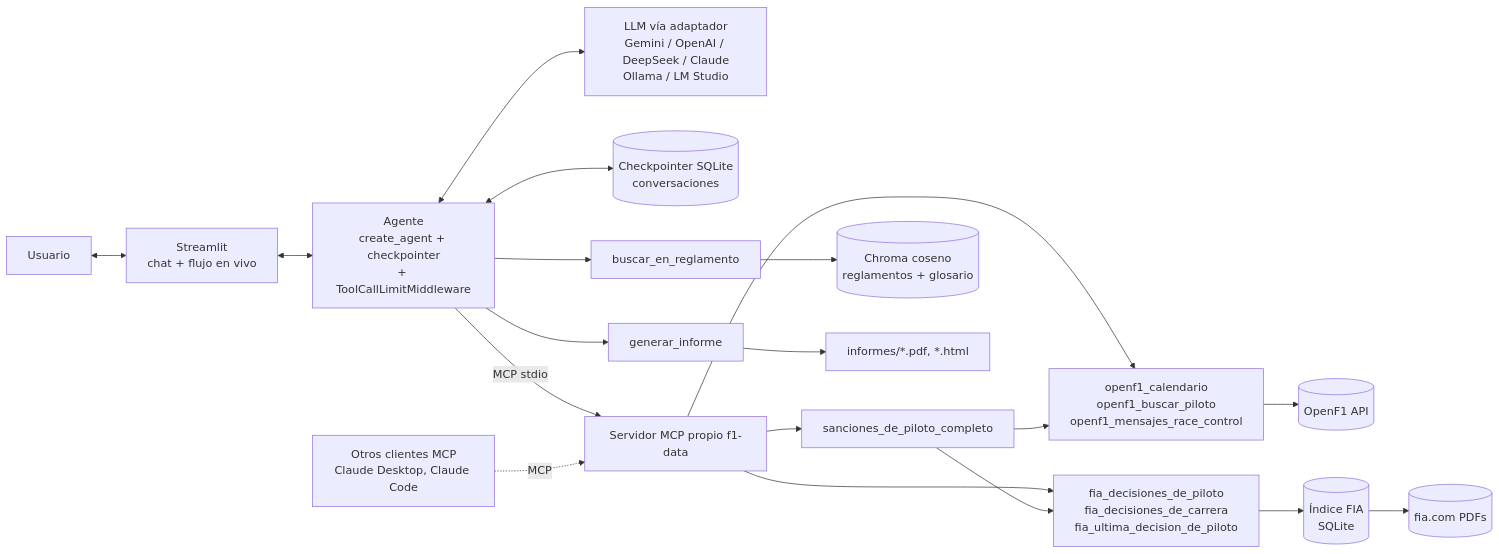
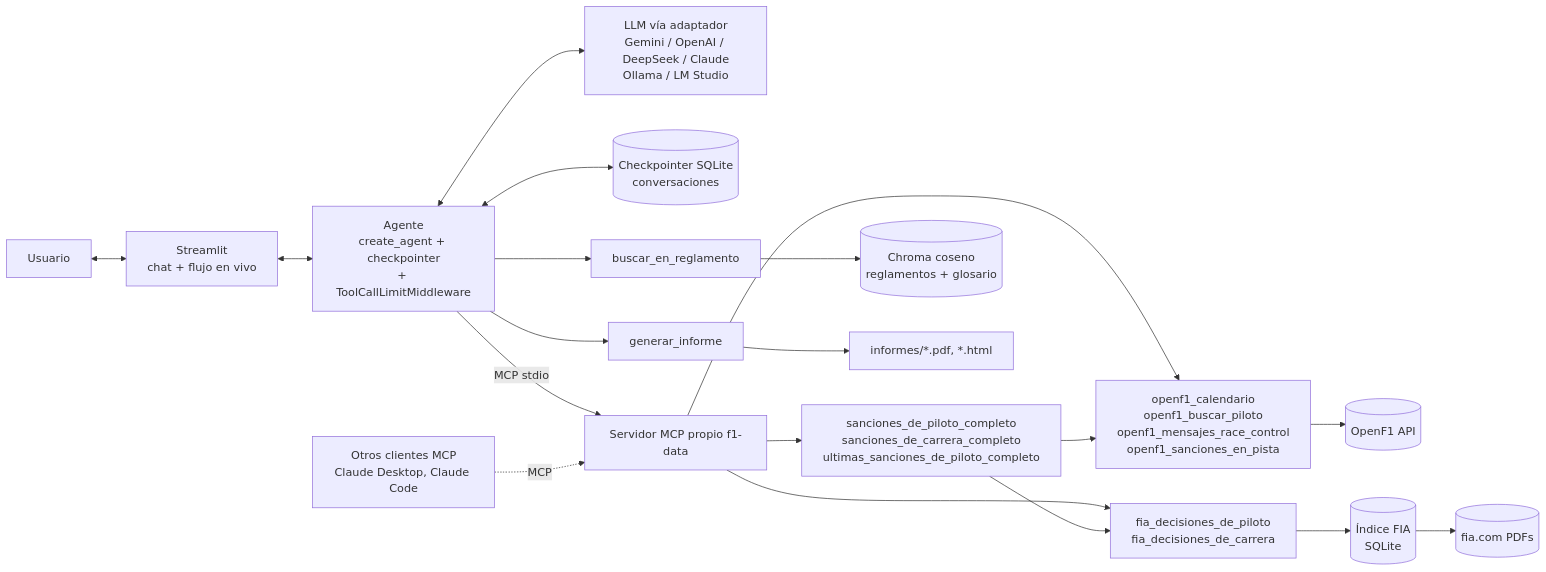
The diagram in README.md (Gonzalez-Matias/f1_rag), drawn with Mermaid before and after one commit. The commit also changed other lines of this file and 32 other files, not shown here.

First line of the commit message:
Sanciones de FIA y Race Control, tema claro y limpieza del proyecto

````diff
--- a/README.md
+++ b/README.md
@@ -19,18 +19,18 @@
 ```mermaid
 flowchart LR
     U[Usuario] <--> UI[Streamlit<br/>chat + flujo en vivo]
     UI <--> A[Agente<br/>create_agent + checkpointer<br/>+ ToolCallLimitMiddleware]
     A <--> LLM[LLM vía adaptador<br/>Gemini / OpenAI / DeepSeek / Claude<br/>Ollama / LM Studio]
     A <--> CK[(Checkpointer SQLite<br/>conversaciones)]
     A -- MCP stdio --> S[Servidor MCP propio f1-data]
-    S --> T1[openf1_calendario<br/>openf1_buscar_piloto<br/>openf1_mensajes_race_control]
-    S --> T2[fia_decisiones_de_piloto<br/>fia_decisiones_de_carrera<br/>fia_ultima_decision_de_piloto]
-    S --> T5[sanciones_de_piloto_completo] --> T1 & T2
+    S --> T1[openf1_calendario<br/>openf1_buscar_piloto<br/>openf1_mensajes_race_control<br/>openf1_sanciones_en_pista]
+    S --> T2[fia_decisiones_de_piloto<br/>fia_decisiones_de_carrera]
+    S --> T5[sanciones_de_piloto_completo<br/>sanciones_de_carrera_completo<br/>ultimas_sanciones_de_piloto_completo] --> T1 & T2
     A --> T3[buscar_en_reglamento]
     A --> T4[generar_informe]
     T1 --> OF[(OpenF1 API)]
     T2 --> FC[(Índice FIA<br/>SQLite)] --> FIA[(fia.com PDFs)]
     T3 --> CH[(Chroma coseno<br/>reglamentos + glosario)]
     T4 --> MD[informes/*.pdf, *.html]
     OTRO[Otros clientes MCP<br/>Claude Desktop, Claude Code] -. MCP .-> S
 ```
````
